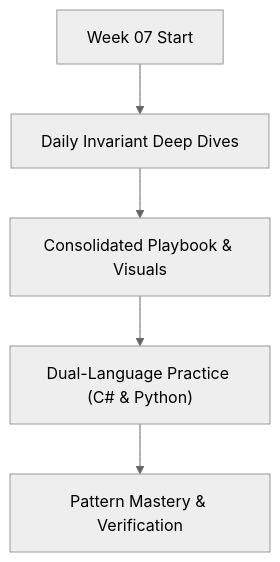
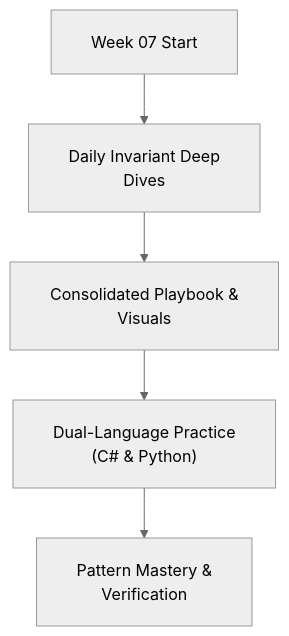
The diagram in week_07_trees_and_balanced_search_trees/README.md (dip4k/DSA_102), drawn with Mermaid (neutral theme) before and after one commit. The commit also changed 108 other files, not shown here.

First line of the commit message:
fix(mermaid): resolve diagram clipping, padding, and syntax issues across repo

````diff
--- a/week_07_trees_and_balanced_search_trees/README.md
+++ b/week_07_trees_and_balanced_search_trees/README.md
@@ -16,7 +16,8 @@
 ```mermaid
+%%{init: {"flowchart": {"htmlLabels": true, "padding": 20}}}%%
 flowchart TD
-    Start["Week 07 Start"] --> Daily["Daily Invariant Deep Dives"]
-    Daily --> Playbook["Consolidated Playbook & Visuals"]
-    Playbook --> DualLang["Dual-Language Practice (C# & Python)"]
-    DualLang --> Mastery["Pattern Mastery & Verification"]
+    Start["Week 07 Start"] --> Daily["Daily Invariant Deep<br/>Dives"]
+    Daily --> Playbook["Consolidated Playbook &<br/>Visuals"]
+    Playbook --> DualLang["Dual-Language Practice<br/>(C# & Python)"]
+    DualLang --> Mastery["Pattern Mastery &<br/>Verification"]
 ```
````
